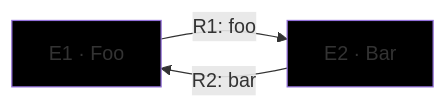
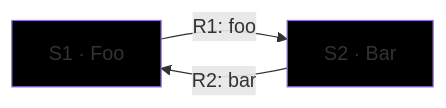
Before and after one commit to toejough/engram: the diagram in dev/testdata/c4/audit_dirty_orphans.md, drawn with Mermaid. The commit also changed other lines of this file and 18 other files, not shown here.

````diff
--- a/dev/testdata/c4/audit_dirty_orphans.md
+++ b/dev/testdata/c4/audit_dirty_orphans.md
@@ -11,18 +11,18 @@
 ```mermaid
 flowchart LR
     classDef person      fill:#000
     classDef external    fill:#000
     classDef container   fill:#000
 
-    a[E1 · Foo]
-    b[E2 · Bar]
+    a[S1 · Foo]
+    b[S2 · Bar]
 
     a -->|R1: foo| b
     b -->|R2: bar| a
 
     class a person
     class b container
 
-    click a href "#e1-foo" "Foo"
-    click b href "#e2-bar" "Bar"
+    click a href "#s1-foo" "Foo"
+    click b href "#s2-bar" "Bar"
 ```
````
